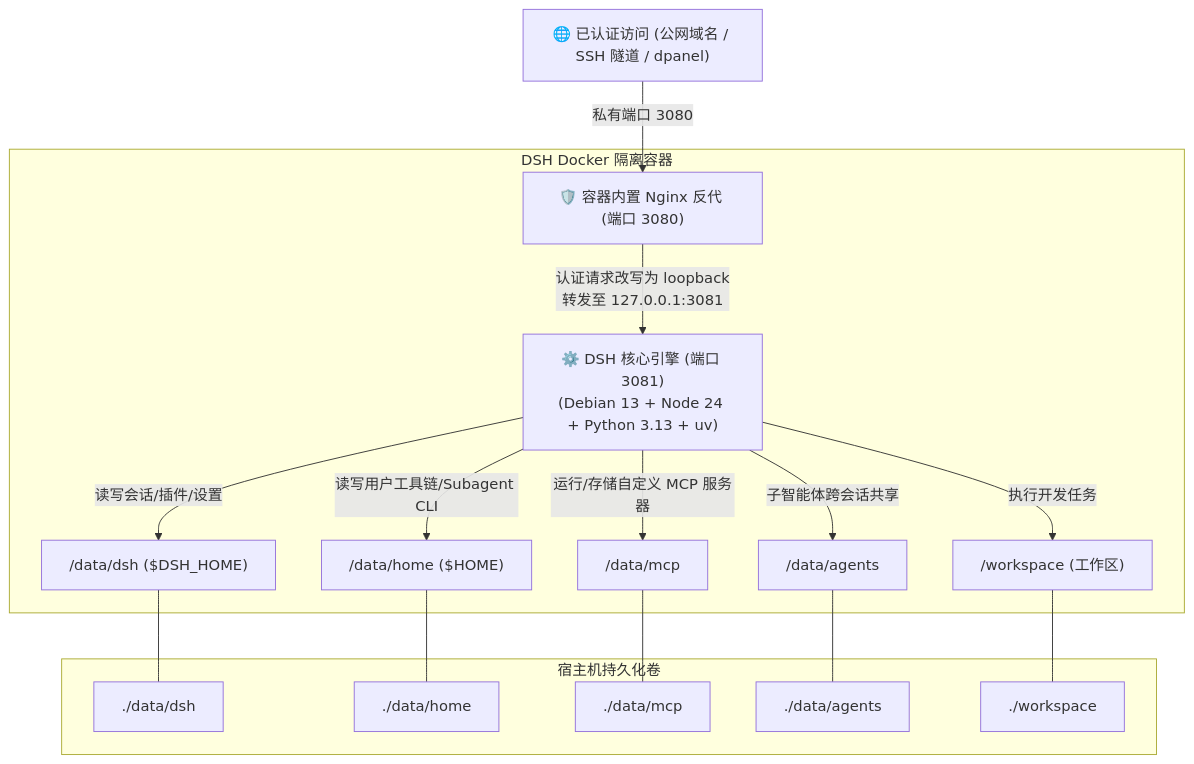
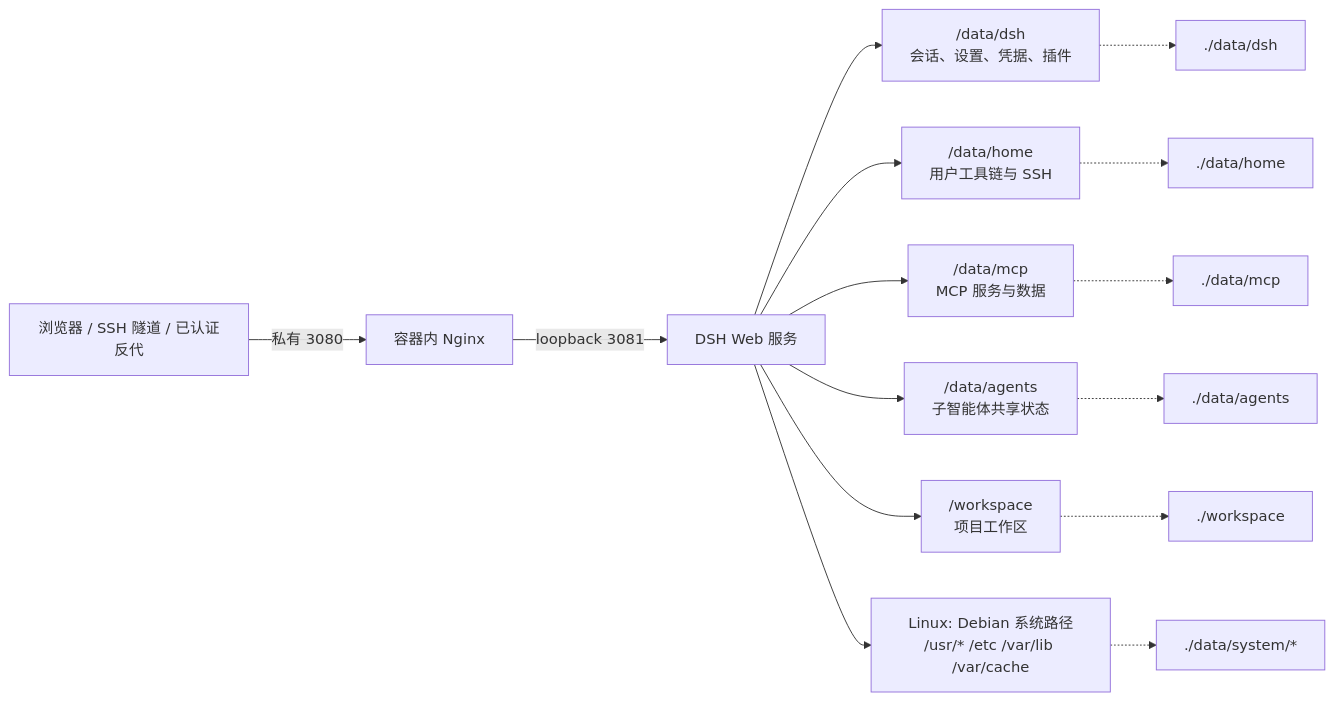
Before and after one commit to univers629/dsh-docker: the diagram in README.md, drawn with Mermaid. The commit also changed other lines of this file and 9 other files, not shown here.

````diff
--- a/README.md
+++ b/README.md
@@ -88,22 +88,17 @@
 ```mermaid
-graph TD
-    User["🌐 已认证访问 (公网域名 / SSH 隧道 / dpanel)"] -->|私有端口 3080| NGINX["🛡️ 容器内置 Nginx 反代 (端口 3080)"]
-    
-    subgraph DSH Docker 隔离容器
-        NGINX -->|认证请求改写为 loopback<br>转发至 127.0.0.1:3081| BACKEND["⚙️ DSH 核心引擎 (端口 3081)<br>(Debian 13 + Node 24 + Python 3.13 + uv)"]
-        
-        BACKEND -->|读写会话/插件/设置| V1["/data/dsh ($DSH_HOME)"]
-        BACKEND -->|读写用户工具链/Subagent CLI| V2["/data/home ($HOME)"]
-        BACKEND -->|运行/存储自定义 MCP 服务器| V3["/data/mcp"]
-        BACKEND -->|子智能体跨会话共享| V4["/data/agents"]
-        BACKEND -->|执行开发任务| V5["/workspace (工作区)"]
-    end
-    
-    subgraph 宿主机持久化卷
-        V1 --- H1["./data/dsh"]
-        V2 --- H2["./data/home"]
-        V3 --- H3["./data/mcp"]
-        V4 --- H4["./data/agents"]
-        V5 --- H5["./workspace"]
-    end
+flowchart LR
+    Client["浏览器 / SSH 隧道 / 已认证反代"] -->|私有 3080| Proxy["容器内 Nginx"]
+    Proxy -->|loopback 3081| DSH["DSH Web 服务"]
+    DSH --> Sessions["/data/dsh<br/>会话、设置、凭据、插件"]
+    DSH --> Home["/data/home<br/>用户工具链与 SSH"]
+    DSH --> MCP["/data/mcp<br/>MCP 服务与数据"]
+    DSH --> Agents["/data/agents<br/>子智能体共享状态"]
+    DSH --> Workspace["/workspace<br/>项目工作区"]
+    DSH --> System["Linux: Debian 系统路径<br/>/usr/* /etc /var/lib /var/cache"]
+    Sessions -.-> H1["./data/dsh"]
+    Home -.-> H2["./data/home"]
+    MCP -.-> H3["./data/mcp"]
+    Agents -.-> H4["./data/agents"]
+    Workspace -.-> H5["./workspace"]
+    System -.-> H6["./data/system/*"]
 ```
````
